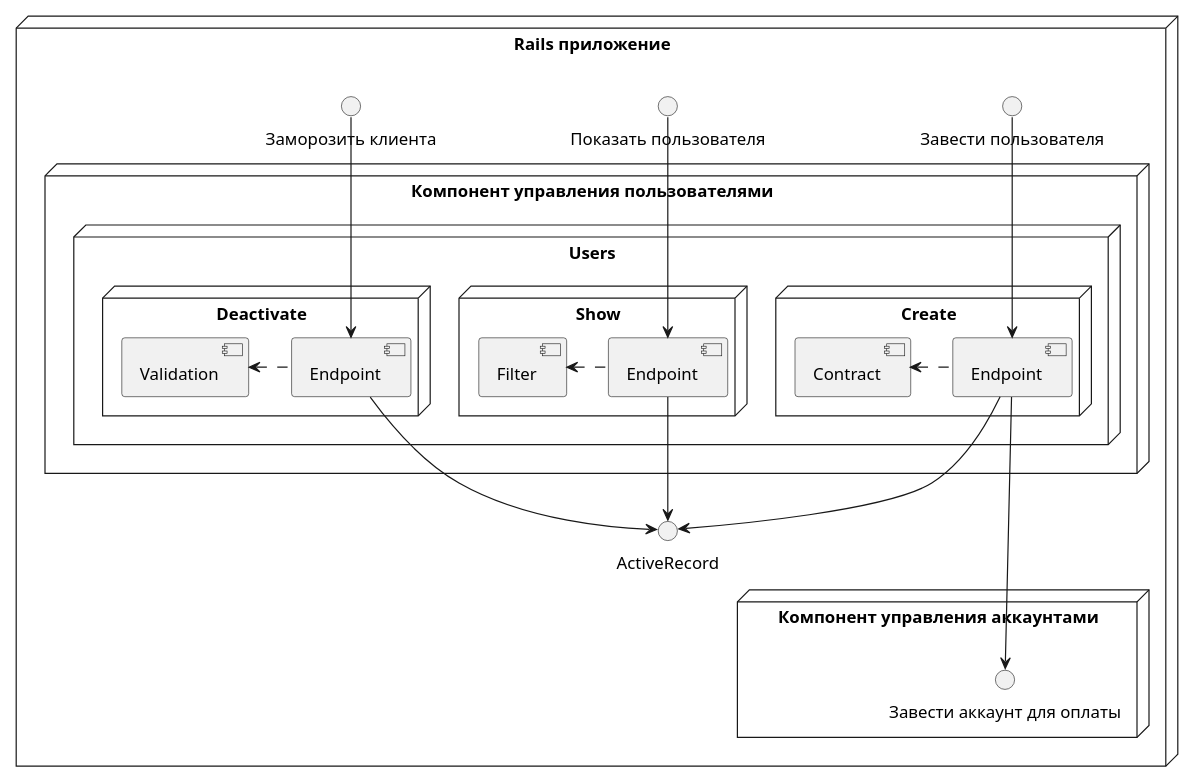
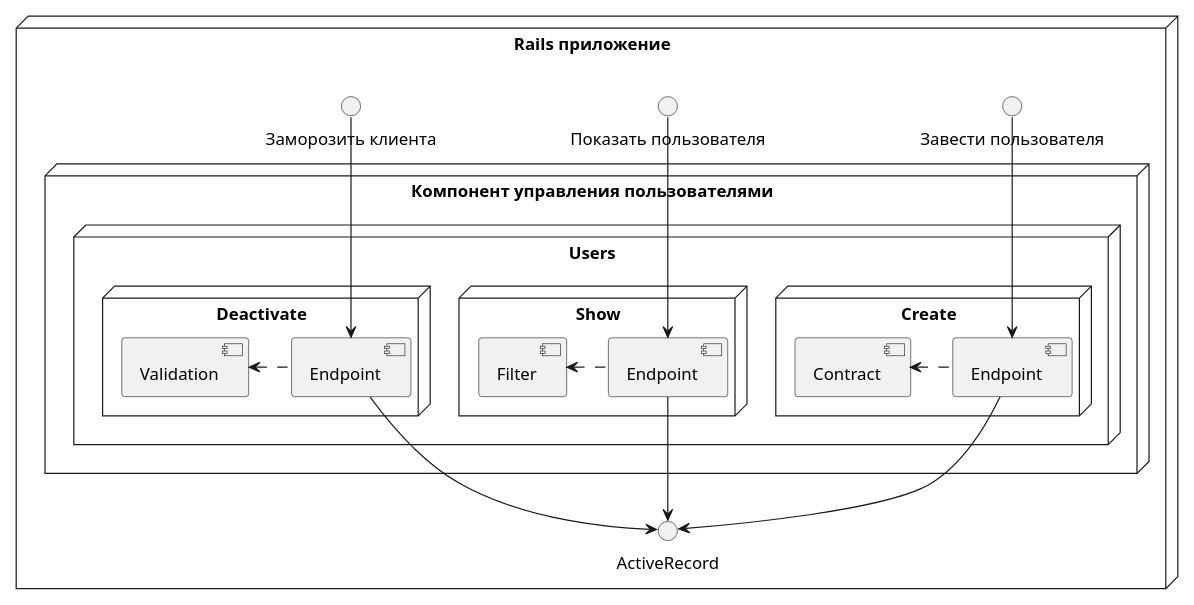
The diagram in images/umls/users_control_scheme.plantuml (Odebe/Russian-Phd-LaTeX-Dissertation-Template), drawn with PlantUML before and after one commit. The commit also changed 14 other files, not shown here.

```diff
--- a/images/umls/users_control_scheme.plantuml
+++ b/images/umls/users_control_scheme.plantuml
@@ -1,45 +1,40 @@
 @startuml users_control_scheme
 scale 800*800
 
 node "Rails приложение" {
 
   interface ActiveRecord
 
   interface "Завести пользователя" as create_vm_app
   interface "Показать пользователя" as show_vm_app
   interface "Заморозить клиента" as delete_vm_app
 
-  node "Компонент управления аккаунтами" {
-    interface "Завести аккаунт для оплаты" as account
-  }
-
   node "Компонент управления пользователями" {
     node Users {
       node Show {
         [Endpoint] as e1
         e1 .left.> [Filter]
       }
 
       node Create {
         [Endpoint] as e2
         e2 .left.> [Contract]
-        e2 ---> account
       }
 
       node Deactivate {
         [Endpoint] as e3
         e3 .left.> [Validation]
       }
     }
   }
 
   show_vm_app -down-> e1
   create_vm_app -down-> e2
   delete_vm_app -down-> e3
 
   e1 -down-> ActiveRecord
   e2 -down-> ActiveRecord
   e3 -down-> ActiveRecord
 }
 
 @enduml
```
